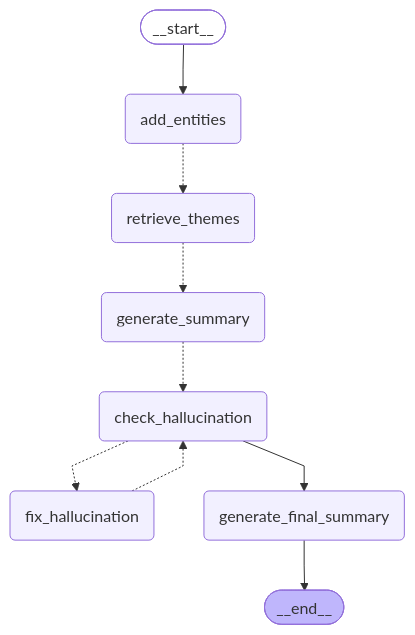
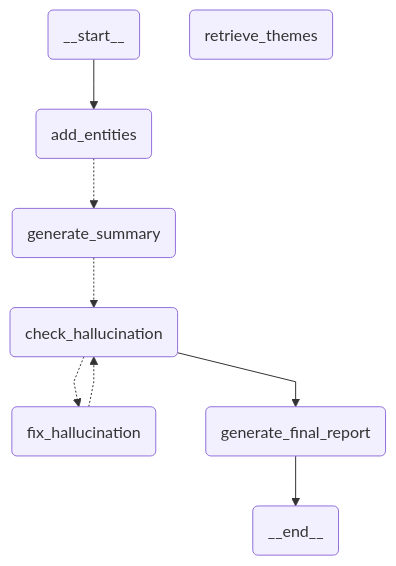
The diagram in README.md (cjber/planning-ai), drawn with Mermaid before and after one commit. The commit also changed other lines of this file, not shown here.

Commit message:
docs: update graph

````diff
--- a/README.md
+++ b/README.md
@@ -15,23 +13,22 @@
 ```mermaid
 %%{init: {'flowchart': {'curve': 'linear'}}}%%
 graph TD;
-        __start__([<p>__start__</p>]):::first
+        __start__(<p>__start__</p>)
         add_entities(add_entities)
         retrieve_themes(retrieve_themes)
         generate_summary(generate_summary)
         check_hallucination(check_hallucination)
         fix_hallucination(fix_hallucination)
-        generate_final_summary(generate_final_summary)
-        __end__([<p>__end__</p>]):::last
+        generate_final_report(generate_final_report)
+        __end__(<p>__end__</p>)
         __start__ --> add_entities;
-        check_hallucination --> generate_final_summary;
-        generate_final_summary --> __end__;
-        add_entities -.-> retrieve_themes;
-        retrieve_themes -.-> generate_summary;
+        check_hallucination --> generate_final_report;
+        generate_final_report --> __end__;
+        add_entities -.-> generate_summary;
         generate_summary -.-> check_hallucination;
         check_hallucination -.-> fix_hallucination;
         fix_hallucination -.-> check_hallucination;
         classDef default fill:#f2f0ff,line-height:1.2
         classDef first fill-opacity:0
         classDef last fill:#bfb6fc
 ```
````
